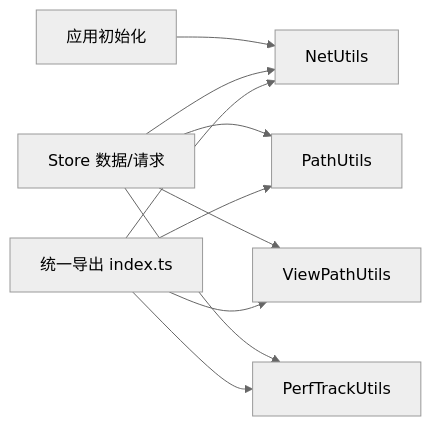
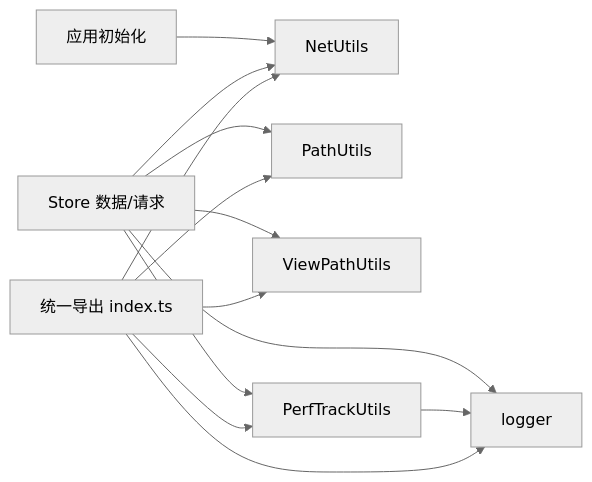
One commit to liqiongke/FrontArk changed the fourth of 4 diagrams in .qoder/repowiki/zh/content/框架核心/工具函数库.md. Above: the diagram before and after it, drawn with Mermaid (neutral theme). The commit also changed other lines of this file and 25 other files, not shown here.

````diff
--- a/.qoder/repowiki/zh/content/框架核心/工具函数库.md
+++ b/.qoder/repowiki/zh/content/框架核心/工具函数库.md
@@ -242,12 +297,15 @@
 ```mermaid
 graph LR
 Init["应用初始化"] --> Net["NetUtils"]
 Store["Store 数据/请求"] --> Net
 Store --> Path["PathUtils"]
 Store --> VPath["ViewPathUtils"]
 Store --> Perf["PerfTrackUtils"]
+Store --> Log["logger"]
+Perf --> Log
 Index["统一导出 index.ts"] --> Net
 Index --> Path
 Index --> VPath
 Index --> Perf
+Index --> Log
 ```
````
